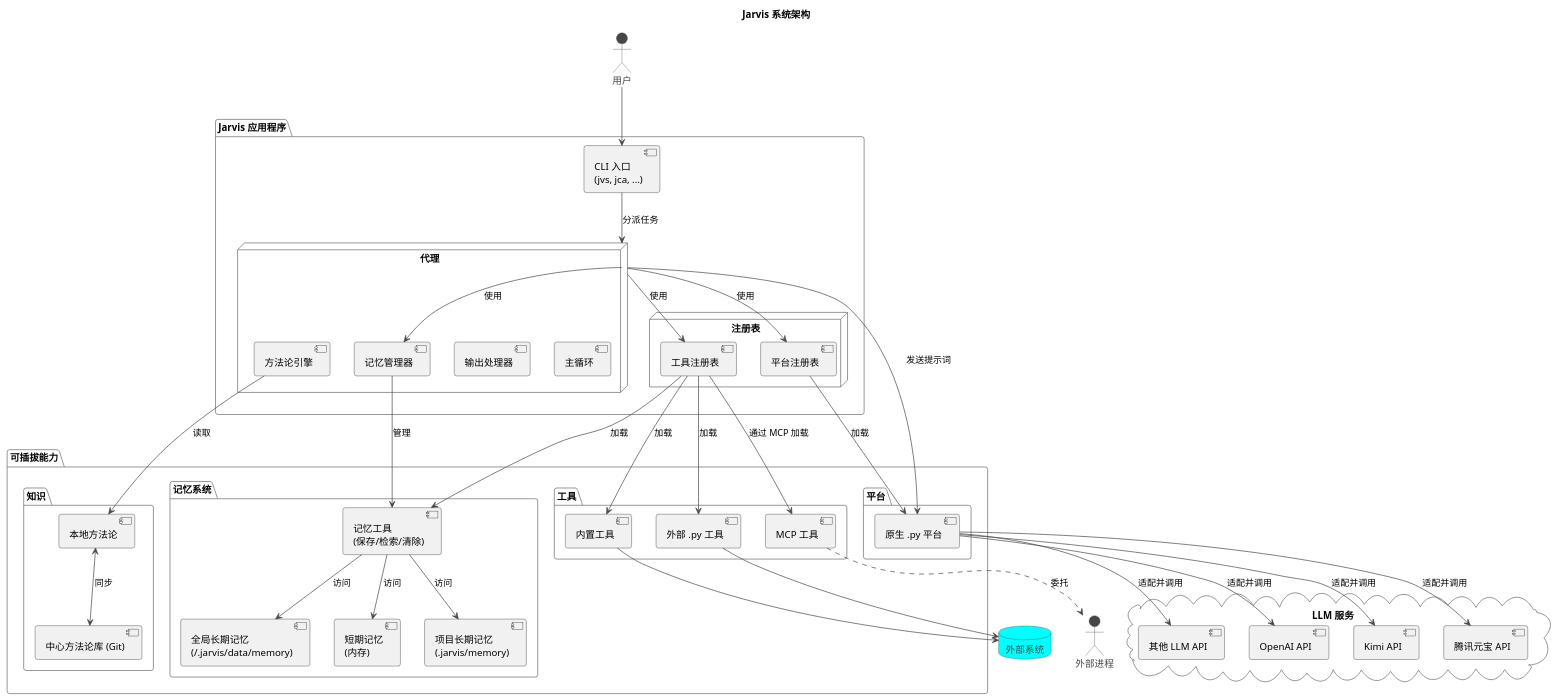
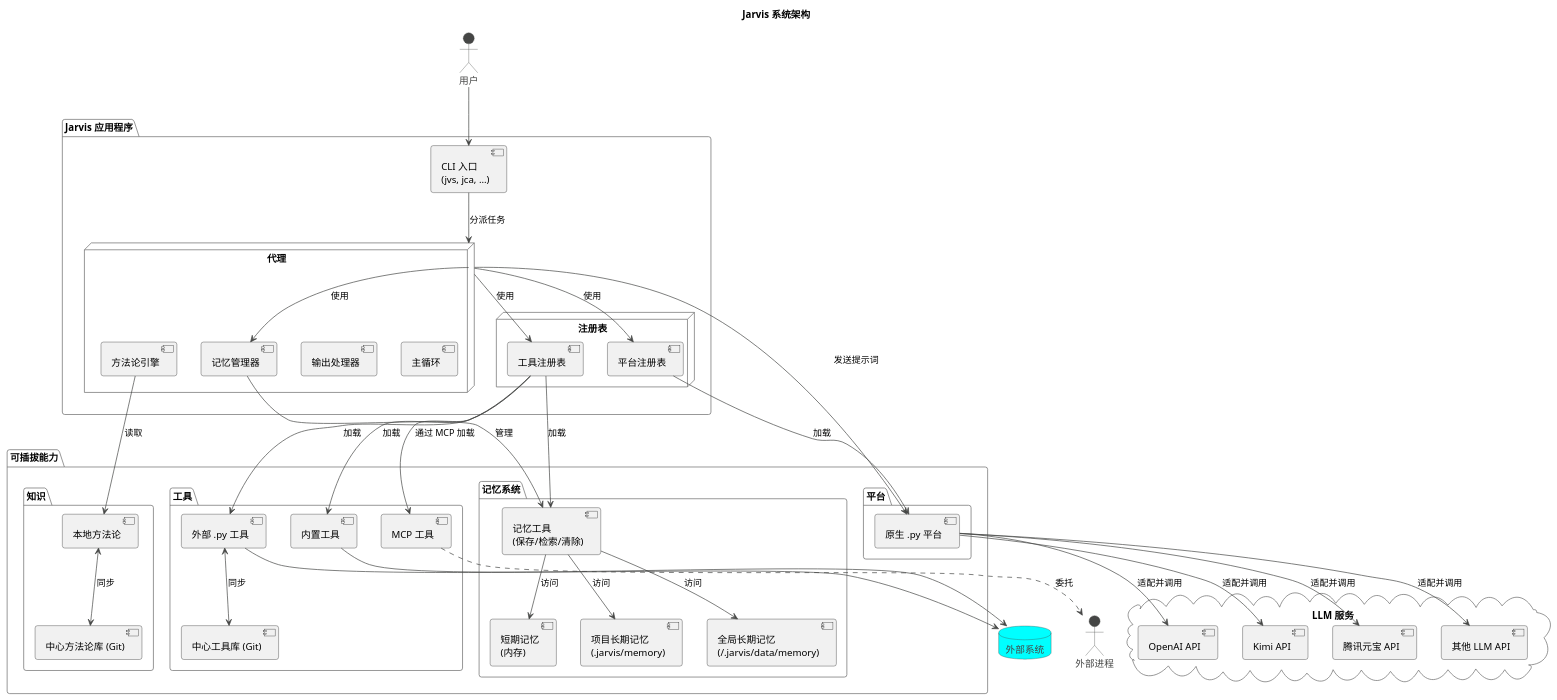
The diagram in docs/jarvis_book/3.核心概念与架构.md (skyfireitdiy/Jarvis), drawn with PlantUML before and after one commit. The commit also changed 5 other files, not shown here.

```diff
--- a/docs/jarvis_book/3.核心概念与架构.md
+++ b/docs/jarvis_book/3.核心概念与架构.md
@@ -95,6 +95,7 @@
         [内置工具]
         [外部 .py 工具]
         [MCP 工具]
+        [中心工具库 (Git)] as CentralTool
     }
     package "平台" {
         [原生 .py 平台]
@@ -128,6 +129,7 @@
 工具注册表 --> [内置工具] : 加载
 工具注册表 --> [外部 .py 工具] : 加载
 工具注册表 --> [MCP 工具] : 通过 MCP 加载
+[外部 .py 工具] <--> CentralTool : 同步
 
 平台注册表 --> [原生 .py 平台] : 加载
 
```
